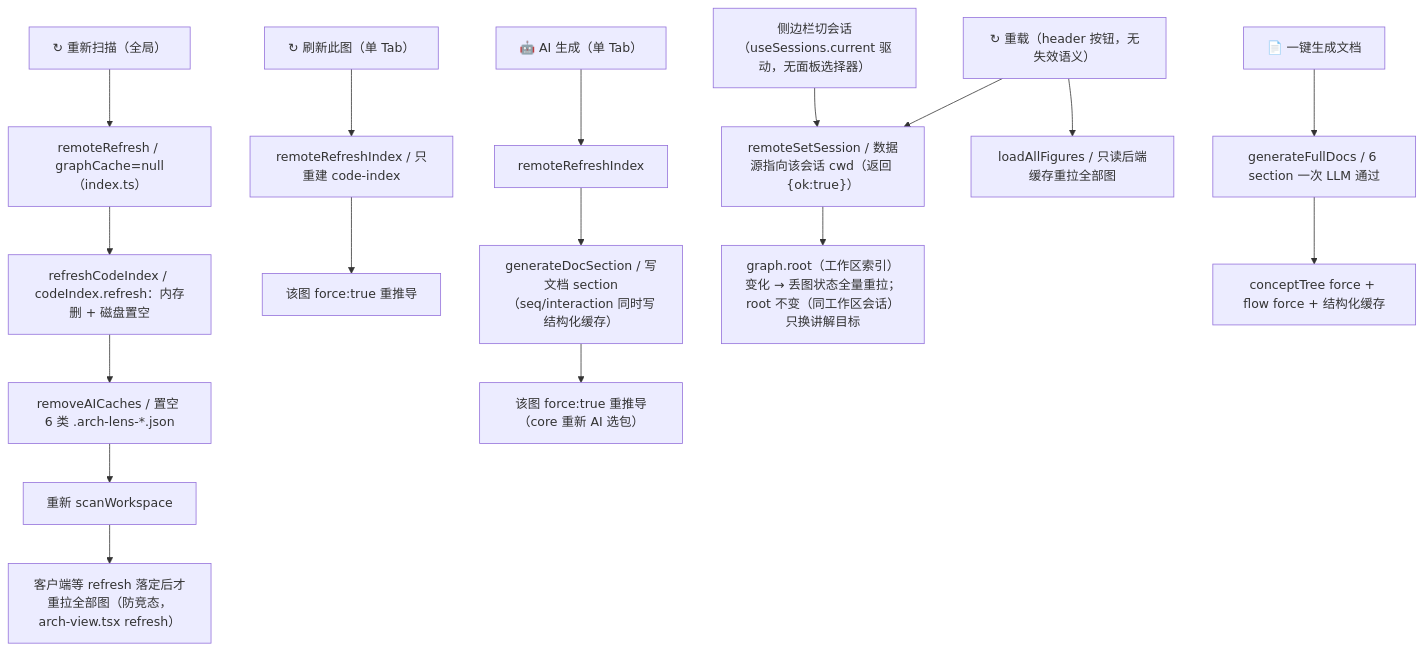
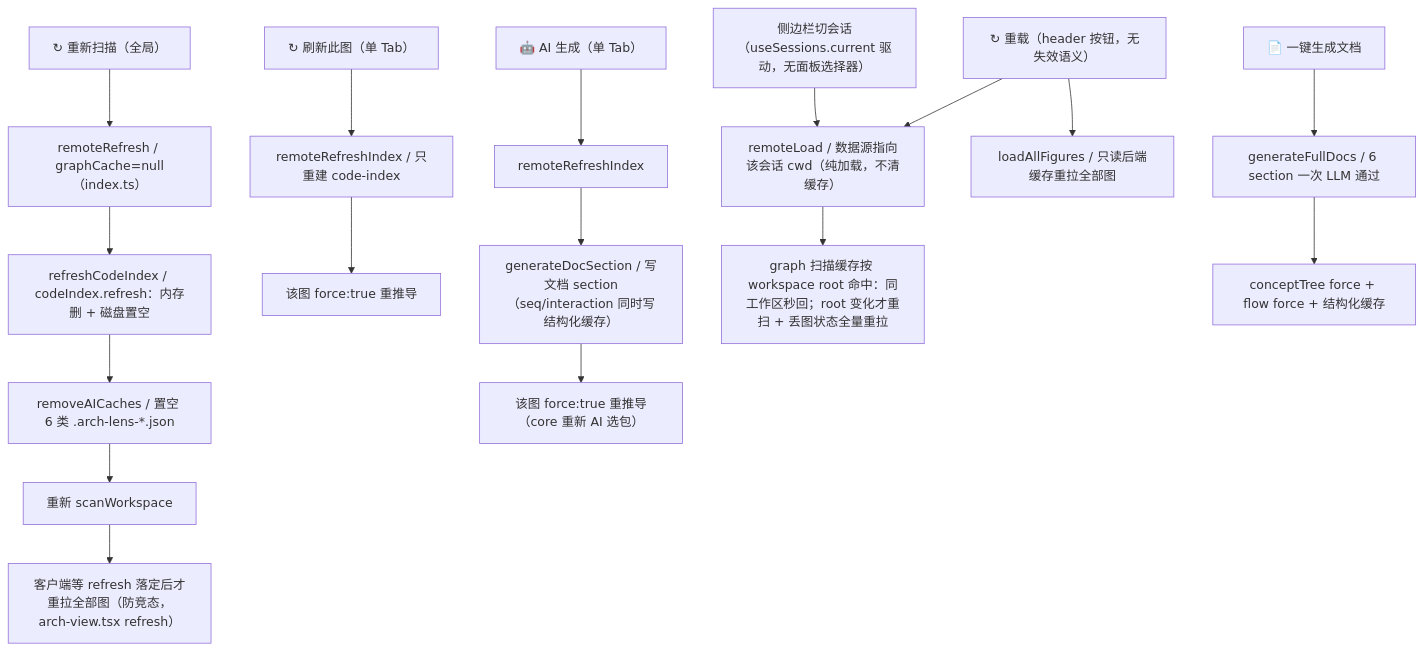
One commit to gwj001/arch-lens changed the fifth of 6 diagrams in docs/arch-lens-diagrams.md. Above: the diagram before and after it, drawn with Mermaid. The commit also changed 2 other files, not shown here.

Commit message:
docs+scripts: contract consistency check vs harness bundle; sync docs to remoteLoad
- scripts/check-contract.mjs: compares this repo's @Remote wire names against the archLens method table inlined in the harness api-remotes bundle; flags LAG (desk would crash with archLens.<m> is not a function) and STALE (dead methods) and prints the sync steps. Run after ANY Remote contract change.
- docs: refresh figure 5 + mechanism 2/4 for the load() rename and per-workspace scan cache

````diff
--- a/docs/arch-lens-diagrams.md
+++ b/docs/arch-lens-diagrams.md
@@ -157,19 +157,19 @@
 ```mermaid
 flowchart TD
     RESCAN["↻ 重新扫描（全局）"] --> B1["remoteRefresh / graphCache=null（index.ts）"]
     B1 --> B2["refreshCodeIndex / codeIndex.refresh：内存删 + 磁盘置空"]
     B2 --> B3["removeAICaches / 置空 6 类 .arch-lens-*.json"]
     B3 --> B4["重新 scanWorkspace"]
     B4 --> B5["客户端等 refresh 落定后才重拉全部图（防竞态，arch-view.tsx refresh）"]
     REFRESHTAB["↻ 刷新此图（单 Tab）"] --> C1["remoteRefreshIndex / 只重建 code-index"]
     C1 --> C2["该图 force:true 重推导"]
     AIGEN["🤖 AI 生成（单 Tab）"] --> D1["remoteRefreshIndex"]
     D1 --> D2["generateDocSection / 写文档 section（seq/interaction 同时写结构化缓存）"]
     D2 --> D3["该图 force:true 重推导（core 重新 AI 选包）"]
-    FOLLOW["侧边栏切会话（useSessions.current 驱动，无面板选择器）"] --> E1["remoteSetSession / 数据源指向该会话 cwd（返回 {ok:true}）"]
-    E1 --> E2["graph.root（工作区索引）变化 → 丢图状态全量重拉；root 不变（同工作区会话）只换讲解目标"]
+    FOLLOW["侧边栏切会话（useSessions.current 驱动，无面板选择器）"] --> E1["remoteLoad / 数据源指向该会话 cwd（纯加载，不清缓存）"]
+    E1 --> E2["graph 扫描缓存按 workspace root 命中：同工作区秒回；root 变化才重扫 + 丢图状态全量重拉"]
     RELOAD["↻ 重载（header 按钮，无失效语义）"] --> E1
     RELOAD --> E3["loadAllFigures / 只读后端缓存重拉全部图"]
     DOCS["📄 一键生成文档"] --> G1["generateFullDocs / 6 section 一次 LLM 通过"]
     G1 --> G2["conceptTree force + flow force + 结构化缓存"]
 ```
````
